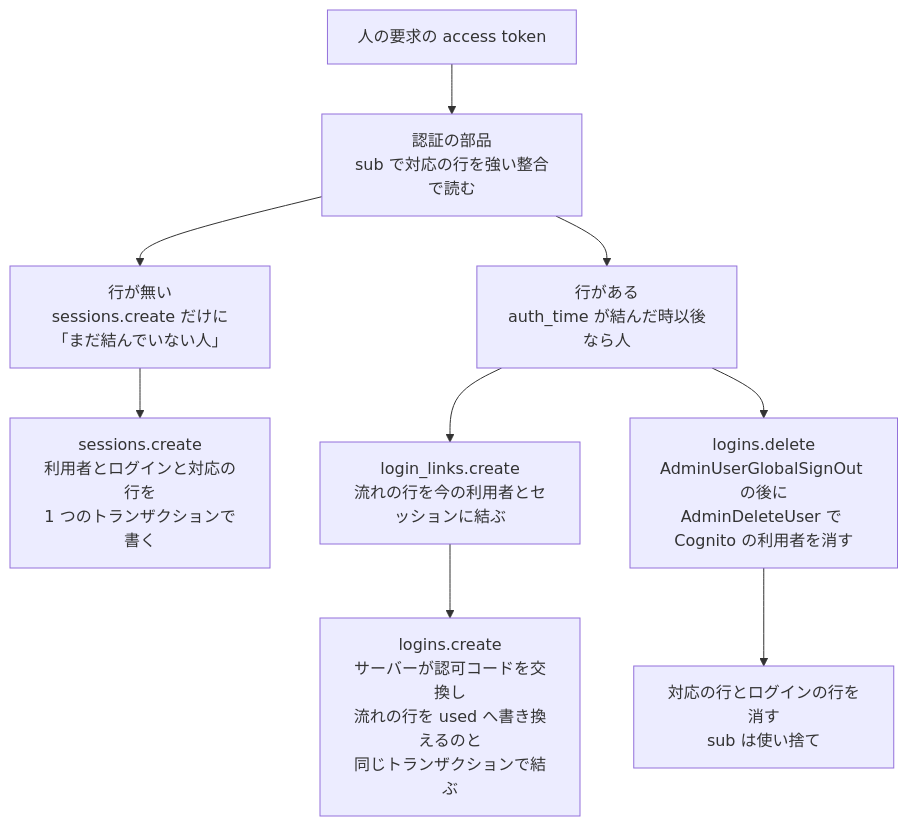
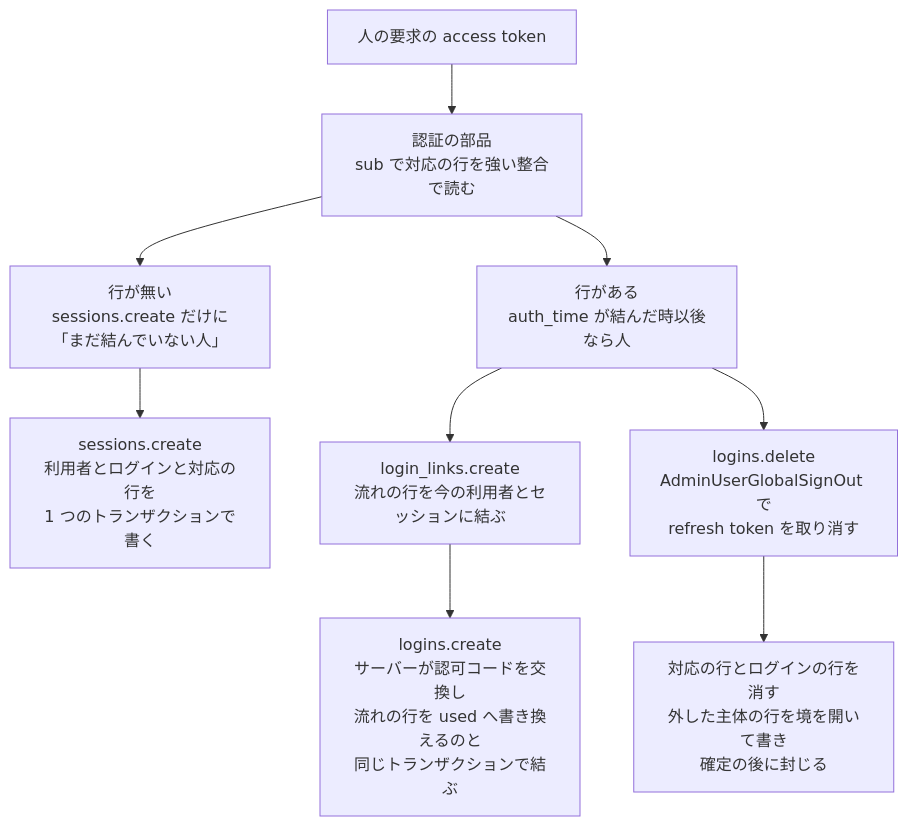
Before and after one commit to devbasex/nd-factory: the second of 2 diagrams in issues/issue-2-design-auth.md, drawn with Mermaid. The commit also changed other lines of this file and 5 other files, not shown here.

Commit message:
Docs: 外しの確定は外した主体の行を境を開いて書き、確定を見た人が見た後の時計で封じて確定の時刻の上限に頼らず、確定を ClientRequestToken で照合して 503 の後の確定も冪等の鍵の結果へつなぎ、federated の利用者を username でしか指せないため AdminDeleteUser をやめて新しい世代の利用者を消さず、待ちの案内を両方向の時計のずれと秒の切り上げから決めた UNBIND_REBIND_WAIT_MS にし、#4 の受け入れ条件に応答の時間切れの後の確定と待ちの後のサインインの試験を足す（#2）

````diff
--- a/issues/issue-2-design-auth.md
+++ b/issues/issue-2-design-auth.md
@@ -45,11 +46,11 @@
 ```mermaid
 graph TD
   tok["人の要求の access token"] --> auth["認証の部品<br/>sub で対応の行を強い整合で読む"]
   auth --> bound["行がある<br/>auth_time が結んだ時以後なら人"]
   auth --> fresh["行が無い<br/>sessions.create だけに「まだ結んでいない人」"]
   fresh --> sc["sessions.create<br/>利用者とログインと対応の行を<br/>1 つのトランザクションで書く"]
   bound --> ll["login_links.create<br/>流れの行を今の利用者とセッションに結ぶ"]
   ll --> lc["logins.create<br/>サーバーが認可コードを交換し<br/>流れの行を used へ書き換えるのと<br/>同じトランザクションで結ぶ"]
-  bound --> ld["logins.delete<br/>AdminUserGlobalSignOut の後に<br/>AdminDeleteUser で Cognito の利用者を消す"]
-  ld --> rm["対応の行とログインの行を消す<br/>sub は使い捨て"]
+  bound --> ld["logins.delete<br/>AdminUserGlobalSignOut で<br/>refresh token を取り消す"]
+  ld --> rm["対応の行とログインの行を消す<br/>外した主体の行を境を開いて書き<br/>確定の後に封じる"]
 ```
````
